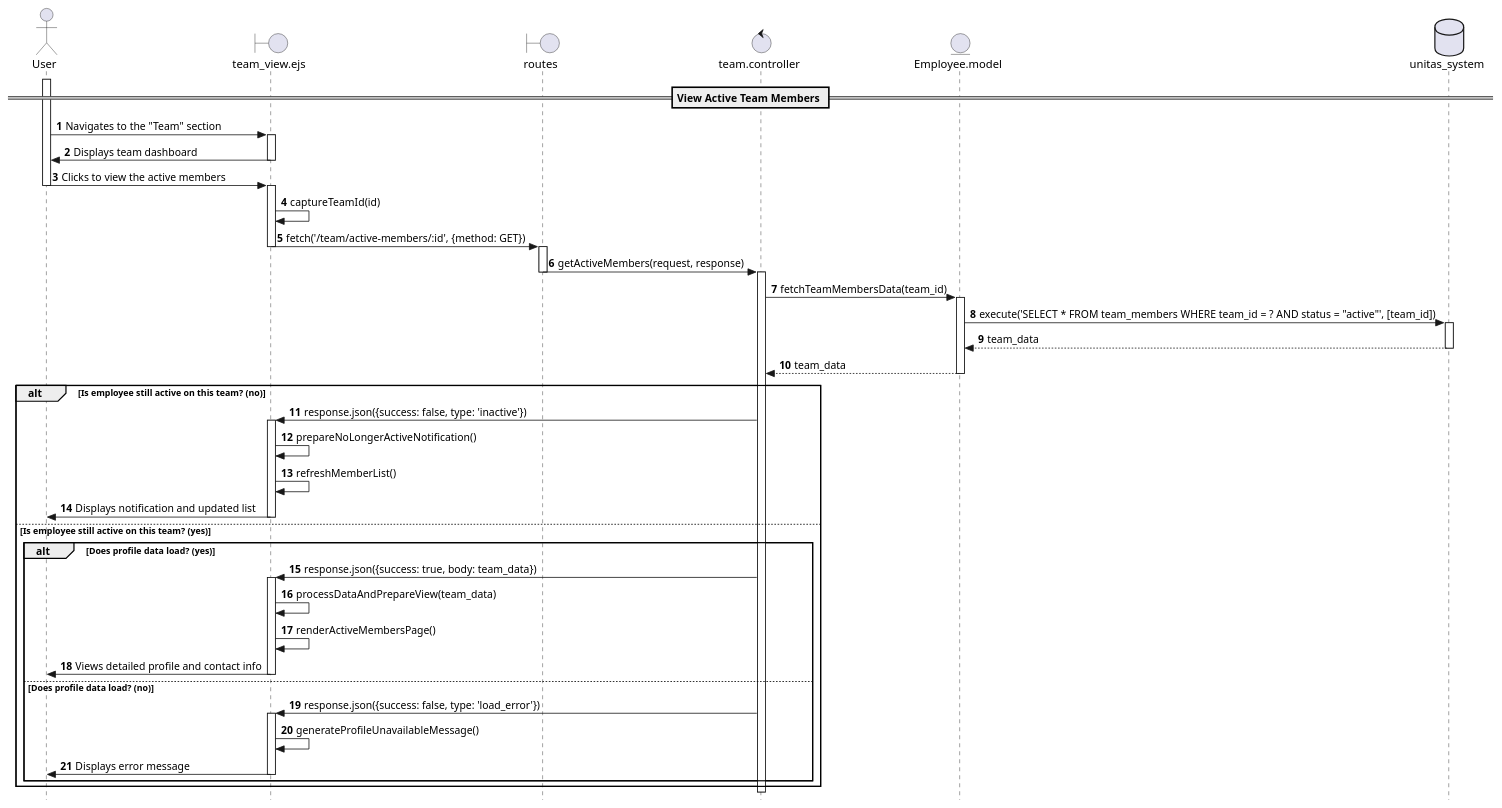
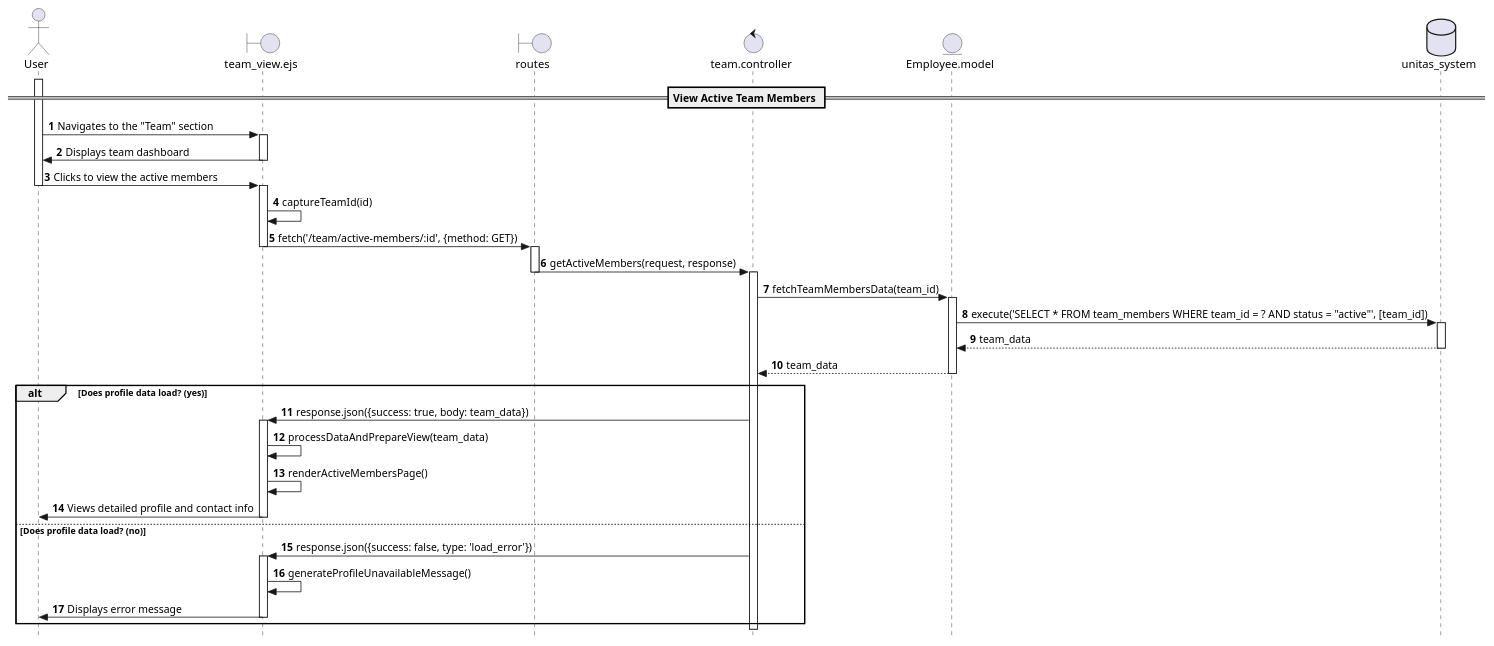
Before and after one commit to Berthou05/LimboSoftwareDevelopment_Change.org: the diagram in documentation/sequence_diagrams/TEAM-05-SD.puml, drawn with PlantUML.

Commit message:
[CHORE] Modify Team 05 SD, active members verification error

```diff
--- a/documentation/sequence_diagrams/TEAM-05-SD.puml
+++ b/documentation/sequence_diagrams/TEAM-05-SD.puml
@@ -1,72 +1,62 @@
 @startuml
 skinparam style strictuml
 
 actor User as U
 boundary "team_view.ejs" as V
 boundary "routes" as RO
 control "team.controller" as C
 entity "Employee.model" as M
 database "unitas_system" as DB
 
 autonumber
 
 == View Active Team Members ==
 
 activate U
 U -> V: Navigates to the "Team" section
 activate V
 V -> U: Displays team dashboard
 deactivate V
 
 U -> V: Clicks to view the active members
 deactivate U
 
 activate V
 V -> V: captureTeamId(id)
 V -> RO: fetch('/team/active-members/:id', {method: GET})
 deactivate V
 
 activate RO
 RO -> C: getActiveMembers(request, response)
 deactivate RO
 
 activate C
 C -> M: fetchTeamMembersData(team_id)
 activate M
 
 M -> DB: execute('SELECT * FROM team_members WHERE team_id = ? AND status = "active"', [team_id])
 activate DB
 DB --> M: team_data
 deactivate DB
 
 M --> C: team_data
 deactivate M
 
-alt Is employee still active on this team? (no)
-    C -> V: response.json({success: false, type: 'inactive'})
+alt Does profile data load? (yes)
+    C -> V: response.json({success: true, body: team_data})
     activate V
-    V -> V: prepareNoLongerActiveNotification()
-    V -> V: refreshMemberList()
-    V -> U: Displays notification and updated list
+    V -> V: processDataAndPrepareView(team_data)
+    V -> V: renderActiveMembersPage()
+    V -> U: Views detailed profile and contact info
     deactivate V
-
-else Is employee still active on this team? (yes)
-    alt Does profile data load? (yes)
-        C -> V: response.json({success: true, body: team_data})
-        activate V
-        V -> V: processDataAndPrepareView(team_data)
-        V -> V: renderActiveMembersPage()
-        V -> U: Views detailed profile and contact info
-        deactivate V
-    else Does profile data load? (no)
-        C -> V: response.json({success: false, type: 'load_error'})
-        activate V
-        V -> V: generateProfileUnavailableMessage()
-        V -> U: Displays error message
-        deactivate V
-    end
+else Does profile data load? (no)
+    C -> V: response.json({success: false, type: 'load_error'})
+    activate V
+    V -> V: generateProfileUnavailableMessage()
+    V -> U: Displays error message
+    deactivate V
 end
 
 deactivate C
 
 @enduml
```
